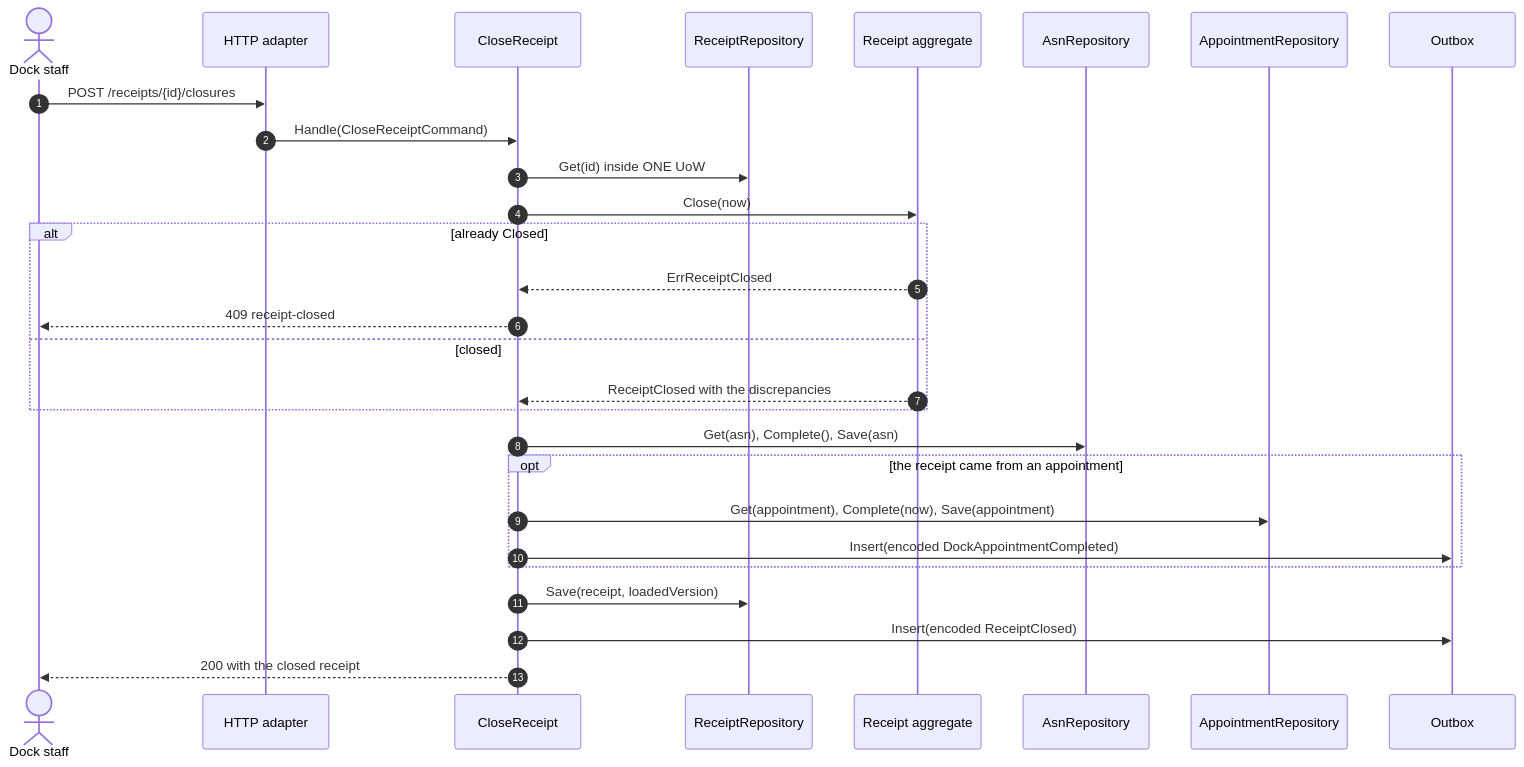
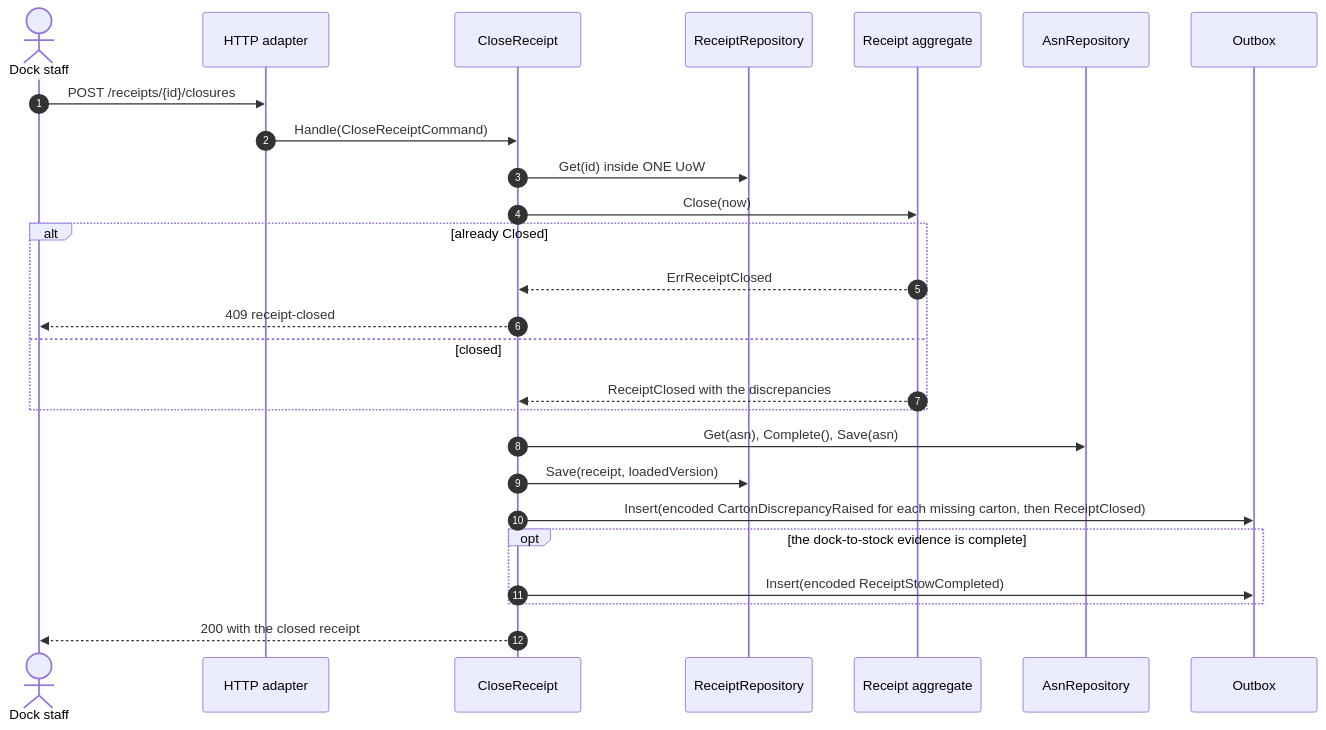
The fifth of 7 diagrams in docs/contexts/inbound-receiving/sequence-diagrams.md (IQVO/warehouse-docs), drawn with Mermaid before and after one commit. The commit also changed other lines of this file and 16 other files, not shown here.

````diff
--- a/docs/contexts/inbound-receiving/sequence-diagrams.md
+++ b/docs/contexts/inbound-receiving/sequence-diagrams.md
@@ -265,31 +193,29 @@
 ```mermaid
 sequenceDiagram
   autonumber
   actor Dock as Dock staff
   participant H as HTTP adapter
   participant UC as CloseReceipt
   participant RR as ReceiptRepository
   participant RC as Receipt aggregate
   participant AR as AsnRepository
-  participant PR as AppointmentRepository
   participant O as Outbox
 
   Dock->>H: POST /receipts/{id}/closures
   H->>UC: Handle(CloseReceiptCommand)
   UC->>RR: Get(id) inside ONE UoW
   UC->>RC: Close(now)
   alt already Closed
     RC-->>UC: ErrReceiptClosed
     UC-->>Dock: 409 receipt-closed
   else closed
     RC-->>UC: ReceiptClosed with the discrepancies
   end
   UC->>AR: Get(asn), Complete(), Save(asn)
-  opt the receipt came from an appointment
-    UC->>PR: Get(appointment), Complete(now), Save(appointment)
-    UC->>O: Insert(encoded DockAppointmentCompleted)
+  UC->>RR: Save(receipt, loadedVersion)
+  UC->>O: Insert(encoded CartonDiscrepancyRaised for each missing carton, then ReceiptClosed)
+  opt the dock-to-stock evidence is complete
+    UC->>O: Insert(encoded ReceiptStowCompleted)
   end
-  UC->>RR: Save(receipt, loadedVersion)
-  UC->>O: Insert(encoded ReceiptClosed)
   UC-->>Dock: 200 with the closed receipt
 ```
````
